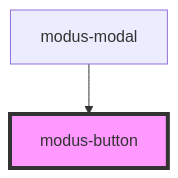
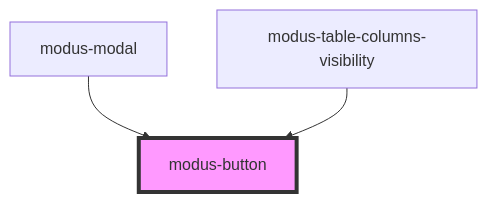
The diagram in stencil-workspace/src/components/modus-button/readme.md (trimble-oss/modus-web-components), drawn with Mermaid before and after one commit. The commit also changed other lines of this file and 11 other files, not shown here.

````diff
--- a/stencil-workspace/src/components/modus-button/readme.md
+++ b/stencil-workspace/src/components/modus-button/readme.md
@@ -50,5 +51,6 @@
 ```mermaid
 graph TD;
   modus-modal --> modus-button
+  modus-table-columns-visibility --> modus-button
   style modus-button fill:#f9f,stroke:#333,stroke-width:4px
 ```
````
